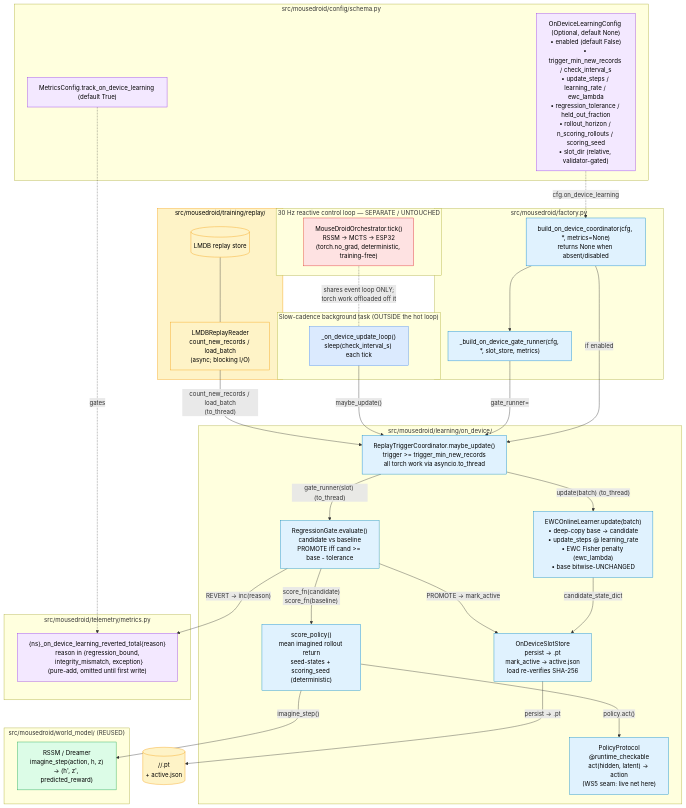
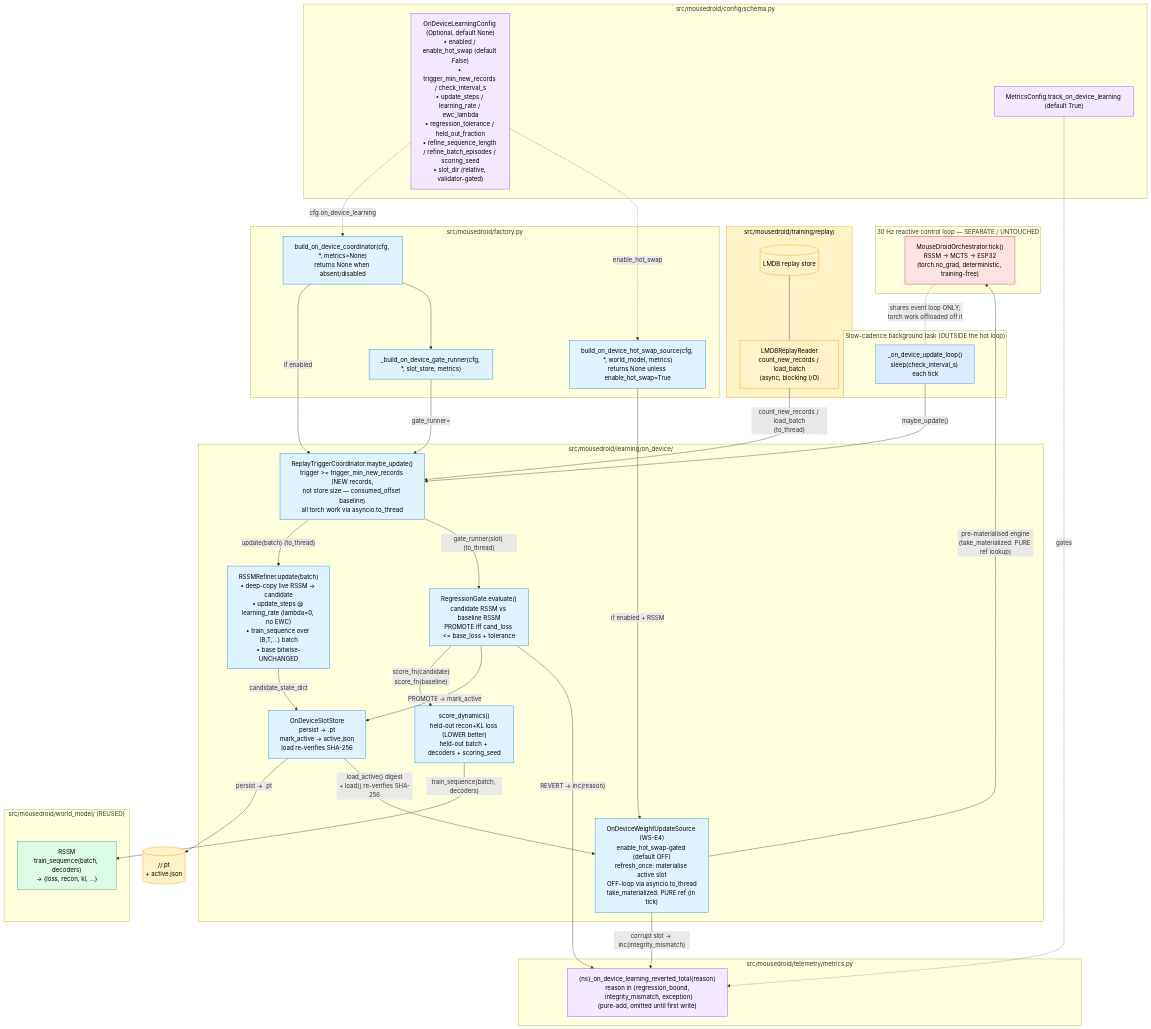
The diagram in docs/architecture/c4-on-device-learning.md (ianshank/Mouse-Droid-AGI), drawn with Mermaid before and after one commit. The commit also changed other lines of this file and 24 other files, not shown here.

```diff
--- a/docs/architecture/c4-on-device-learning.md
+++ b/docs/architecture/c4-on-device-learning.md
@@ -29,25 +29,26 @@
     end
 
     subgraph OnDevice["src/mousedroid/learning/on_device/"]
-        Coord["ReplayTriggerCoordinator.maybe_update()\ntrigger >= trigger_min_new_records\nall torch work via asyncio.to_thread"]
-        Learner["EWCOnlineLearner.update(batch)\n• deep-copy base -> candidate\n• update_steps @ learning_rate\n• EWC Fisher penalty (ewc_lambda)\n• base bitwise-UNCHANGED"]
+        Coord["ReplayTriggerCoordinator.maybe_update()\ntrigger >= trigger_min_new_records (NEW records,\nnot store size — consumed_offset baseline)\nall torch work via asyncio.to_thread"]
+        Learner["RSSMRefiner.update(batch)\n• deep-copy live RSSM -> candidate\n• update_steps @ learning_rate (lambda=0, no EWC)\n• train_sequence over (B,T,...) batch\n• base bitwise-UNCHANGED"]
         Store["OnDeviceSlotStore\npersist -> <digest>.pt\nmark_active -> active.json\nload re-verifies SHA-256"]
-        Gate["RegressionGate.evaluate()\ncandidate vs baseline\nPROMOTE iff cand >= base - tolerance"]
-        Scorer["score_policy()\nmean imagined rollout return\nseed-states + scoring_seed (deterministic)"]
-        Proto["PolicyProtocol\n@runtime_checkable\nact(hidden, latent) -> action\n(WS5 seam: live net here)"]
+        Gate["RegressionGate.evaluate()\ncandidate RSSM vs baseline RSSM\nPROMOTE iff cand_loss <= base_loss + tolerance"]
+        Scorer["score_dynamics()\nheld-out recon+KL loss (LOWER better)\nheld-out batch + decoders + scoring_seed"]
+        HotSwap["OnDeviceWeightUpdateSource (WS-E4)\nenable_hot_swap-gated (default OFF)\nrefresh_once: materialise active slot\nOFF-loop via asyncio.to_thread\ntake_materialized: PURE ref (in tick)"]
     end
 
     subgraph WorldModel["src/mousedroid/world_model/ (REUSED)"]
-        RSSM["RSSM / Dreamer\nimagine_step(action, h, z)\n-> (h', z', predicted_reward)"]
+        RSSM["RSSM\ntrain_sequence(batch, decoders)\n-> {loss, recon, kl, ...}"]
     end
 
     subgraph Factory["src/mousedroid/factory.py"]
         BuildCoord["build_on_device_coordinator(cfg, *, metrics=None)\nreturns None when absent/disabled"]
         BuildGate["_build_on_device_gate_runner(cfg, *, slot_store, metrics)"]
+        BuildSwap["build_on_device_hot_swap_source(cfg, *, world_model, metrics)\nreturns None unless enable_hot_swap=True"]
     end
 
     subgraph Config["src/mousedroid/config/schema.py"]
-        Cfg["OnDeviceLearningConfig (Optional, default None)\n• enabled (default False)\n• trigger_min_new_records / check_interval_s\n• update_steps / learning_rate / ewc_lambda\n• regression_tolerance / held_out_fraction\n• rollout_horizon / n_scoring_rollouts / scoring_seed\n• slot_dir (relative, validator-gated)"]
+        Cfg["OnDeviceLearningConfig (Optional, default None)\n• enabled / enable_hot_swap (default False)\n• trigger_min_new_records / check_interval_s\n• update_steps / learning_rate / ewc_lambda\n• regression_tolerance / held_out_fraction\n• refine_sequence_length / refine_batch_episodes / scoring_seed\n• slot_dir (relative, validator-gated)"]
         MetCfg["MetricsConfig.track_on_device_learning (default True)"]
     end
 
@@ -73,12 +74,19 @@
     %% Gate path
     Coord -- "gate_runner(slot) (to_thread)" --> Gate
     Gate -- "score_fn(candidate)\nscore_fn(baseline)" --> Scorer
-    Scorer -- "policy.act()" --> Proto
-    Scorer -- "imagine_step()" --> RSSM
+    Scorer -- "train_sequence(batch, decoders)" --> RSSM
     Gate -- "PROMOTE -> mark_active" --> Store
     Gate -- "REVERT -> inc(reason)" --> Counter
 
-    %% Hot-loop isolation (NO edge crosses into HotLoop)
+    %% WS-E4 hot-swap activation path (default-OFF; only when enable_hot_swap=True)
+    Cfg -. "enable_hot_swap" .-> BuildSwap
+    BuildSwap -- "if enabled + RSSM" --> HotSwap
+    Store -- "load_active() digest\n+ load() re-verifies SHA-256" --> HotSwap
+    HotSwap -- "corrupt slot -> inc(integrity_mismatch)" --> Counter
+    HotSwap -- "pre-materialised engine\n(take_materialized: PURE ref lookup)" --> Tick
+
+    %% Hot-loop isolation: the ONLY edge into tick() is a pure reference
+    %% assignment (WS-E4); ALL construction/IO happens off-loop in refresh_once.
     Tick -. "shares event loop ONLY;\ntorch work offloaded off it" .- Loop
 
     classDef hot fill:#fee2e2,stroke:#dc2626,color:#000
@@ -90,7 +98,7 @@
 
     class Tick hot
     class Loop slow
-    class Coord,Learner,Store,Gate,Scorer,Proto,BuildCoord,BuildGate internal
+    class Coord,Learner,Store,Gate,Scorer,HotSwap,BuildCoord,BuildGate,BuildSwap internal
     class Cfg,MetCfg,Counter config
     class RSSM reused
     class LMDB,Reader,SlotFS,Replay store
```
